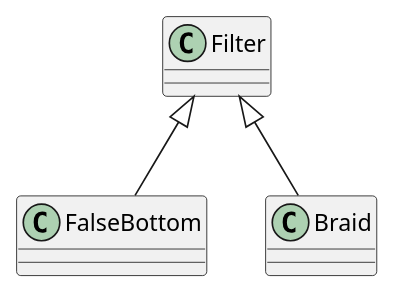
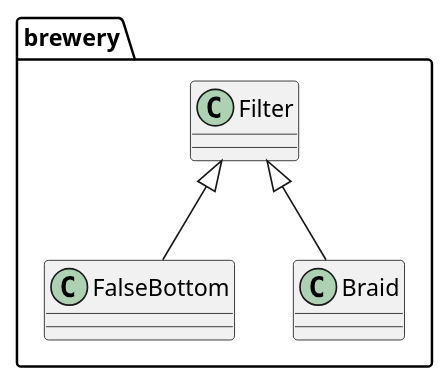
Before and after one commit to beerfactory/brewbox-uml: the diagram in src/class/include/filter.iuml, drawn with PlantUML. The commit also changed 32 other files, not shown here.

```diff
--- a/src/class/include/filter.iuml
+++ b/src/class/include/filter.iuml
@@ -1,14 +1,16 @@
-class Filter {
-	
-}
+package brewery {
+	class Filter {
+		
+	}
 
-class FalseBottom {
-	
-}
+	class FalseBottom {
+		
+	}
 
-class Braid {
-	
+	class Braid {
+		
+	}
 }
 
 Filter <|-- Braid
 Filter <|-- FalseBottom
```
